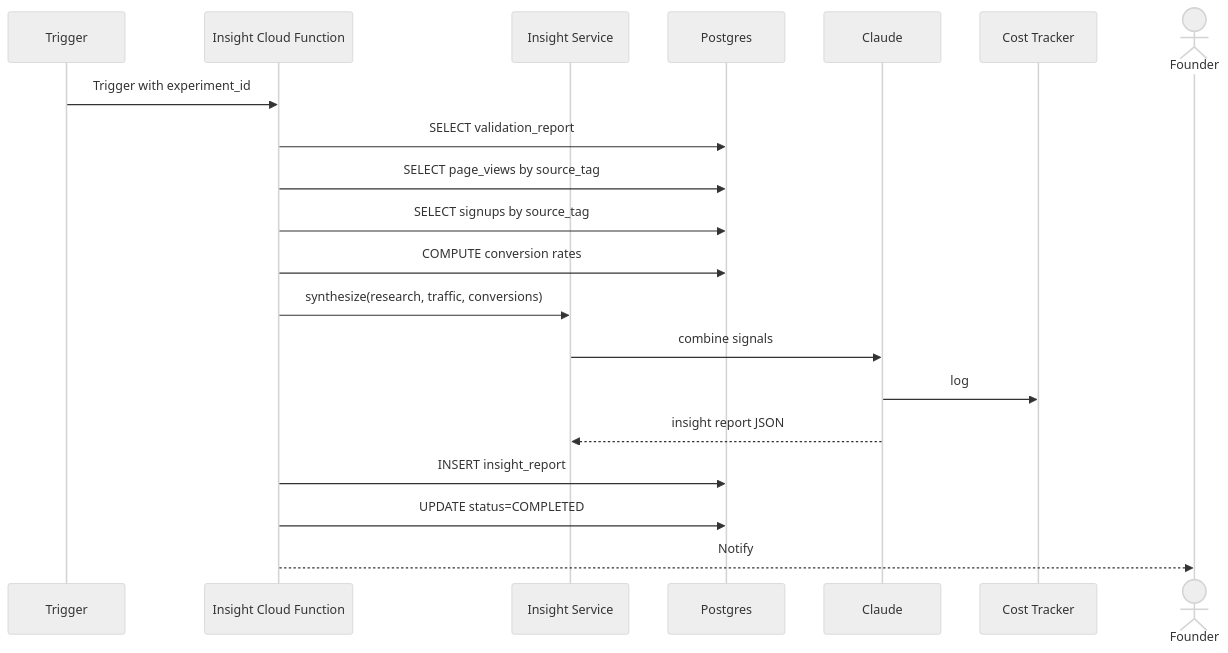
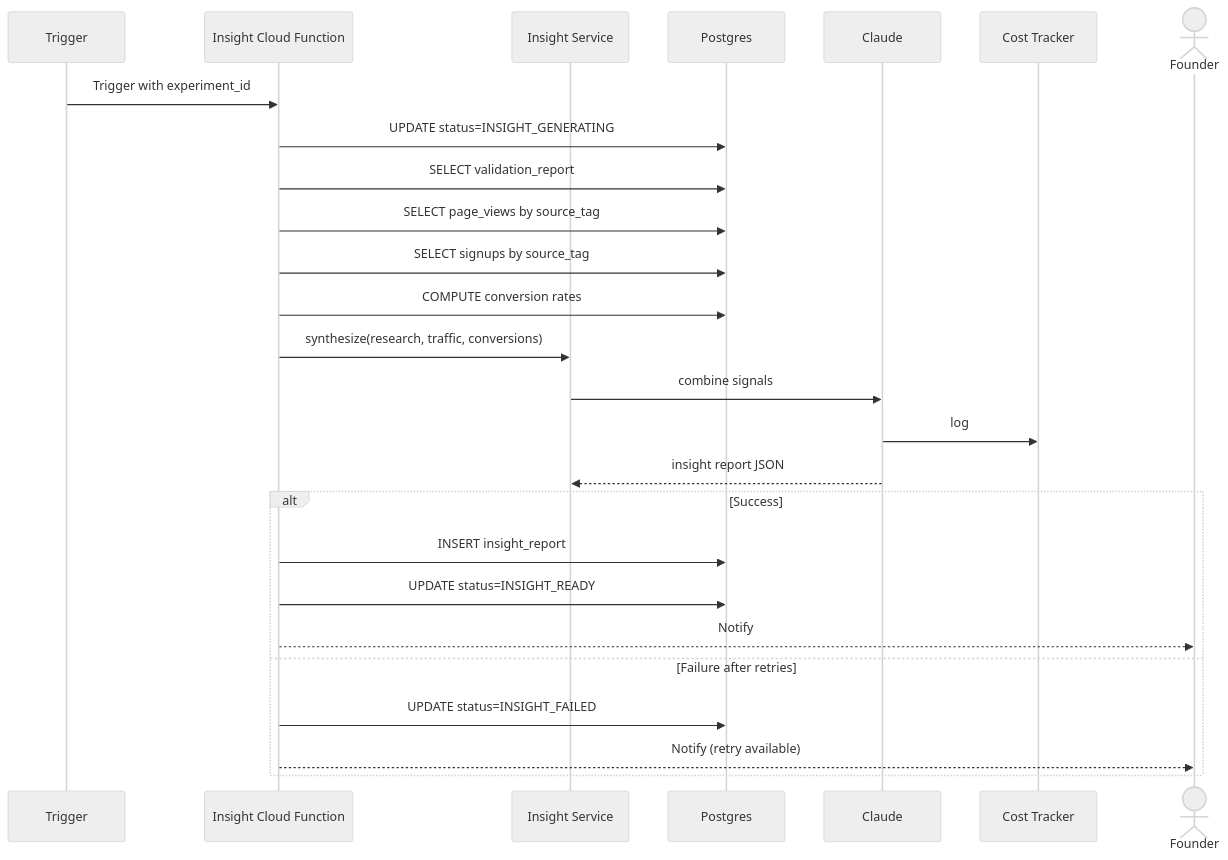
One commit to GarvGangwani/Fivvle changed diagram 11 of 11 in ARCHITECTURE.md. Above: the diagram before and after it, drawn with Mermaid (neutral theme). The commit also changed other lines of this file and 3 other files, not shown here.

Commit message:
feat(insight): step 2/10 — ExperimentStatus sub-states INSIGHT_GENERATING/READY/FAILED + no-op Alembic migration f3a8b2c9d1e4 + ARCHITECTURE.md state machine + §8c sequence updated to match

````diff
--- a/ARCHITECTURE.md
+++ b/ARCHITECTURE.md
@@ -757,26 +762,32 @@
 ```mermaid
 sequenceDiagram
     participant Trig as Trigger
     participant CF as Insight Cloud Function
     participant IS as Insight Service
     participant DB as Postgres
     participant LLM as Claude
     participant Cost as Cost Tracker
     actor F as Founder
 
     Trig->>CF: Trigger with experiment_id
+    CF->>DB: UPDATE status=INSIGHT_GENERATING
 
     CF->>DB: SELECT validation_report
     CF->>DB: SELECT page_views by source_tag
     CF->>DB: SELECT signups by source_tag
     CF->>DB: COMPUTE conversion rates
 
     CF->>IS: synthesize(research, traffic, conversions)
     IS->>LLM: combine signals
     LLM->>Cost: log
     LLM-->>IS: insight report JSON
 
-    CF->>DB: INSERT insight_report
-    CF->>DB: UPDATE status=COMPLETED
-    CF-->>F: Notify
+    alt Success
+        CF->>DB: INSERT insight_report
+        CF->>DB: UPDATE status=INSIGHT_READY
+        CF-->>F: Notify
+    else Failure after retries
+        CF->>DB: UPDATE status=INSIGHT_FAILED
+        CF-->>F: Notify (retry available)
+    end
 ```
````
